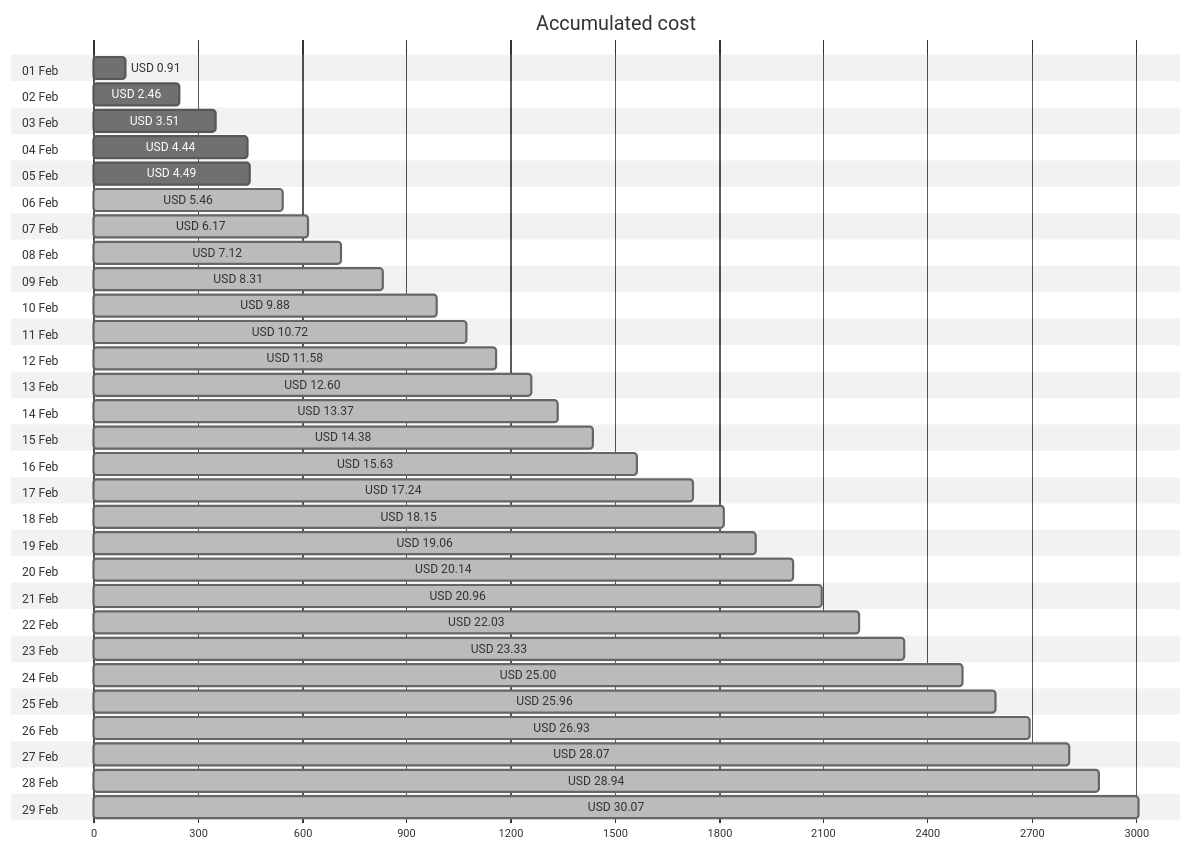
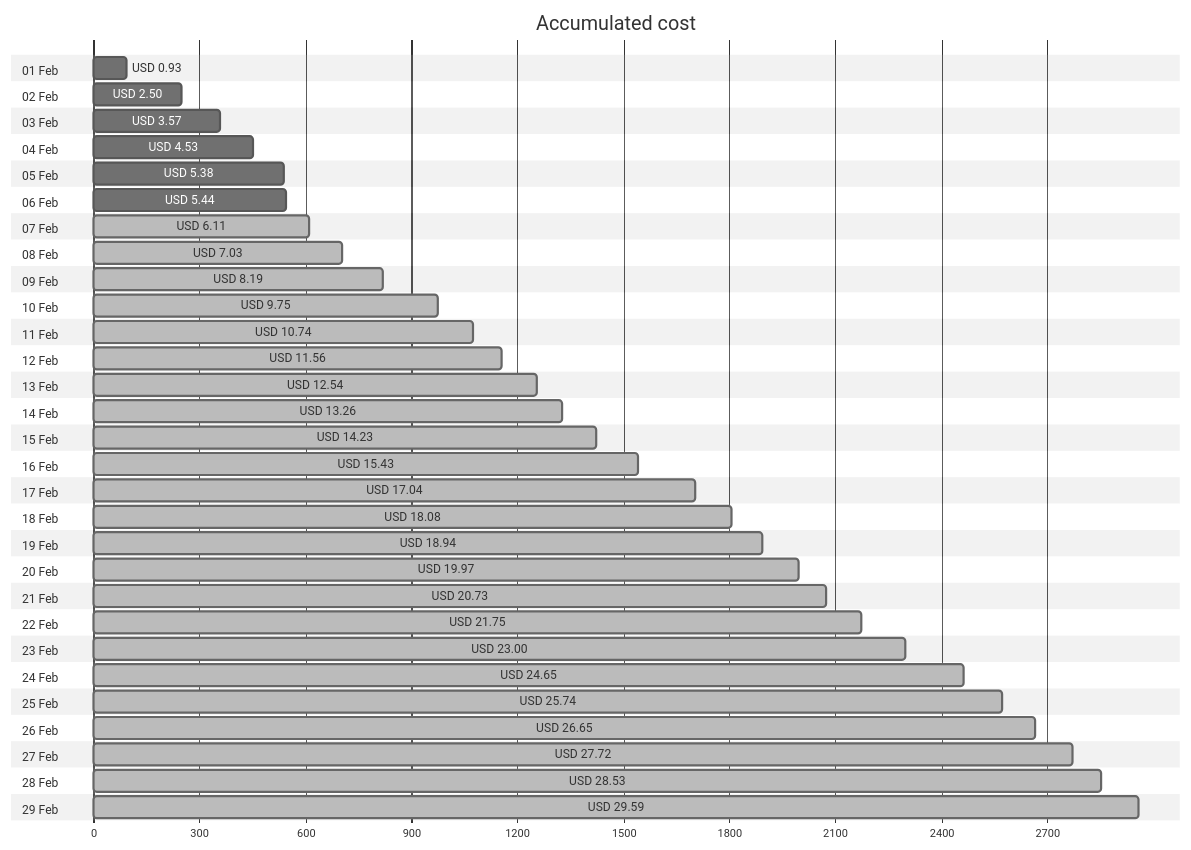
One commit to jpfulton/azure-personal-reports changed the first of 4 diagrams in cost-reports/personal-network/vpn-server.md. Above: the diagram before and after it, drawn with Mermaid (neutral theme). The commit also changed other lines of this file and 8 other files, not shown here.

````diff
--- a/cost-reports/personal-network/vpn-server.md
+++ b/cost-reports/personal-network/vpn-server.md
@@ -20,64 +20,64 @@
 ```mermaid
 gantt
    title Accumulated cost
    dateFormat  X
    axisFormat %s
    section 01 Feb
-   USD 0.91 :0, 91
+   USD 0.93 :0, 93
    section 02 Feb
-   USD 2.46 :0, 246
+   USD 2.50 :0, 250
    section 03 Feb
-   USD 3.51 :0, 351
+   USD 3.57 :0, 357
    section 04 Feb
-   USD 4.44 :0, 444
+   USD 4.53 :0, 453
    section 05 Feb
-   USD 4.49 :0, 449
+   USD 5.38 :0, 538
    section 06 Feb
-   USD 5.46 : done, 0, 546
+   USD 5.44 :0, 544
    section 07 Feb
-   USD 6.17 : done, 0, 617
+   USD 6.11 : done, 0, 611
    section 08 Feb
-   USD 7.12 : done, 0, 712
+   USD 7.03 : done, 0, 703
    section 09 Feb
-   USD 8.31 : done, 0, 831
+   USD 8.19 : done, 0, 819
    section 10 Feb
-   USD 9.88 : done, 0, 988
+   USD 9.75 : done, 0, 975
    section 11 Feb
-   USD 10.72 : done, 0, 1072
+   USD 10.74 : done, 0, 1074
    section 12 Feb
-   USD 11.58 : done, 0, 1158
+   USD 11.56 : done, 0, 1156
    section 13 Feb
-   USD 12.60 : done, 0, 1260
+   USD 12.54 : done, 0, 1254
    section 14 Feb
-   USD 13.37 : done, 0, 1337
+   USD 13.26 : done, 0, 1326
    section 15 Feb
-   USD 14.38 : done, 0, 1438
+   USD 14.23 : done, 0, 1423
    section 16 Feb
-   USD 15.63 : done, 0, 1563
+   USD 15.43 : done, 0, 1543
    section 17 Feb
-   USD 17.24 : done, 0, 1724
+   USD 17.04 : done, 0, 1704
    section 18 Feb
-   USD 18.15 : done, 0, 1815
+   USD 18.08 : done, 0, 1808
    section 19 Feb
-   USD 19.06 : done, 0, 1906
+   USD 18.94 : done, 0, 1894
    section 20 Feb
-   USD 20.14 : done, 0, 2014
+   USD 19.97 : done, 0, 1997
    section 21 Feb
-   USD 20.96 : done, 0, 2096
+   USD 20.73 : done, 0, 2073
    section 22 Feb
-   USD 22.03 : done, 0, 2203
+   USD 21.75 : done, 0, 2175
    section 23 Feb
-   USD 23.33 : done, 0, 2333
+   USD 23.00 : done, 0, 2300
    section 24 Feb
-   USD 25.00 : done, 0, 2500
+   USD 24.65 : done, 0, 2465
    section 25 Feb
-   USD 25.96 : done, 0, 2596
+   USD 25.74 : done, 0, 2574
    section 26 Feb
-   USD 26.93 : done, 0, 2693
+   USD 26.65 : done, 0, 2665
    section 27 Feb
-   USD 28.07 : done, 0, 2807
+   USD 27.72 : done, 0, 2772
    section 28 Feb
-   USD 28.94 : done, 0, 2894
+   USD 28.53 : done, 0, 2853
    section 29 Feb
-   USD 30.07 : done, 0, 3007
+   USD 29.59 : done, 0, 2959
 ```
````
